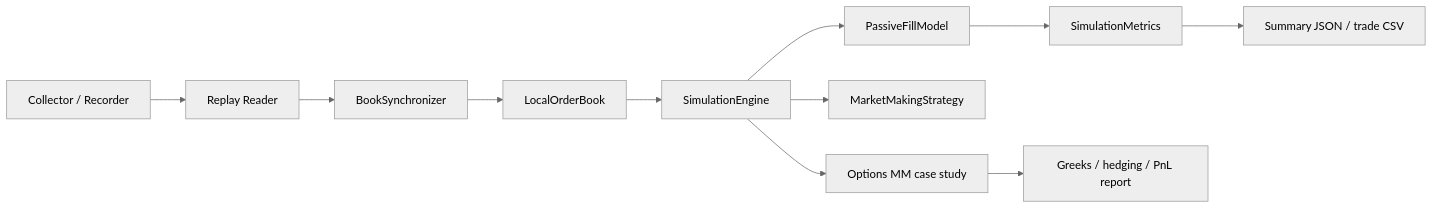
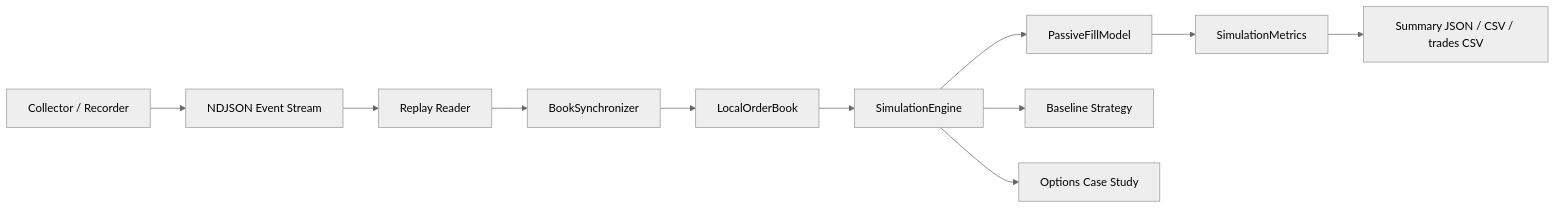
One commit to gobrienHFT/lob_sim changed the diagram in README.md. Above: the diagram before and after it, drawn with Mermaid (neutral theme). The commit also changed other lines of this file and 13 other files, not shown here.

````diff
--- a/README.md
+++ b/README.md
@@ -364,13 +56,13 @@
 ```mermaid
 flowchart LR
-  A["Collector / Recorder"] --> B["Replay Reader"]
-  B --> C["BookSynchronizer"]
-  C --> D["LocalOrderBook"]
-  D --> E["SimulationEngine"]
-  E --> F["PassiveFillModel"]
-  E --> G["MarketMakingStrategy"]
-  F --> H["SimulationMetrics"]
-  H --> I["Summary JSON / trade CSV"]
-  E --> J["Options MM case study"]
-  J --> K["Greeks / hedging / PnL report"]
+  A["Collector / Recorder"] --> B["NDJSON Event Stream"]
+  B --> C["Replay Reader"]
+  C --> D["BookSynchronizer"]
+  D --> E["LocalOrderBook"]
+  E --> F["SimulationEngine"]
+  F --> G["PassiveFillModel"]
+  F --> H["Baseline Strategy"]
+  G --> I["SimulationMetrics"]
+  I --> J["Summary JSON / CSV / trades CSV"]
+  F --> K["Options Case Study"]
 ```
````
